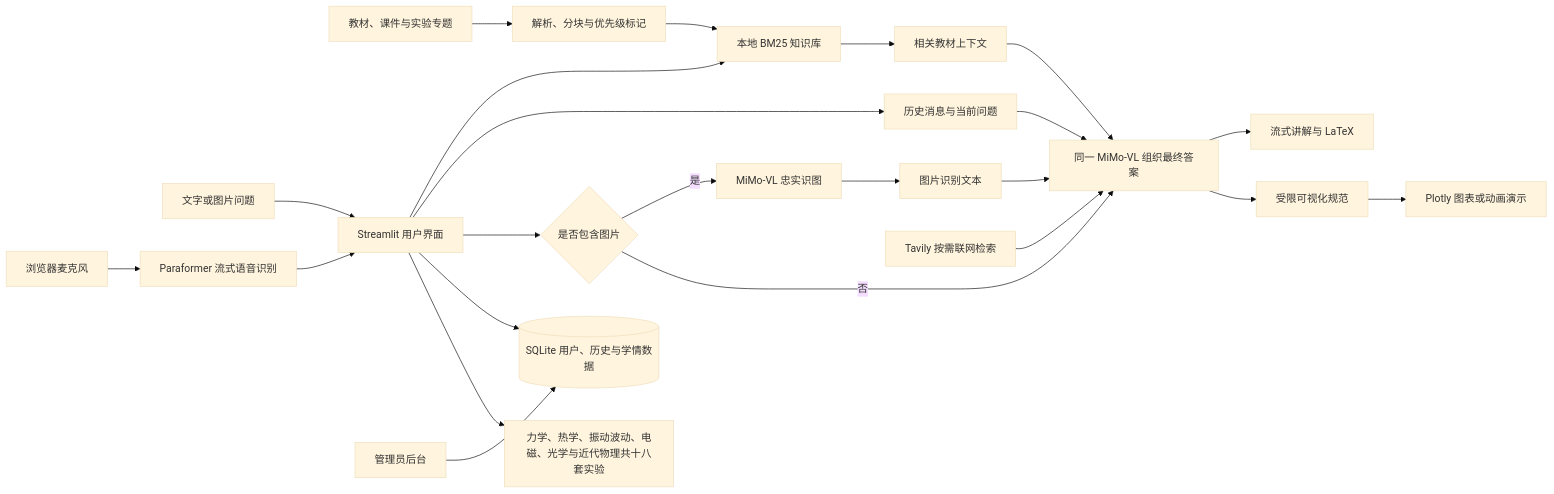
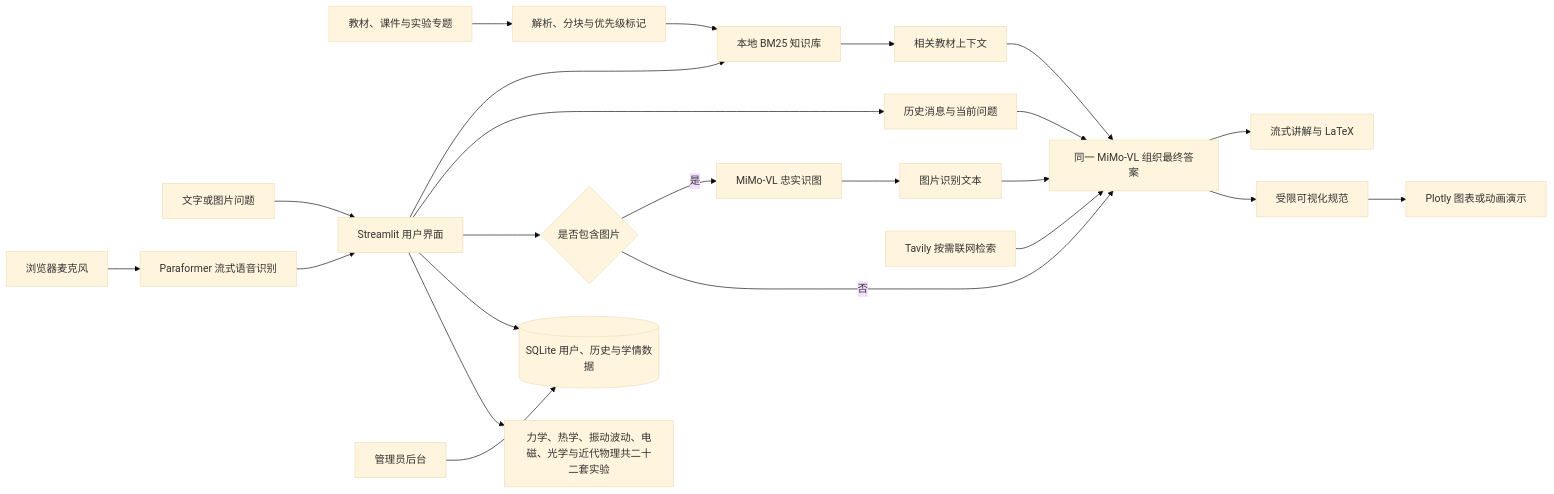
One commit to RENAI-PHYSICS-AI/Ren-ai_Intelligent_Teaching_Assistant_for_College_Physics changed the diagram in README.md. Above: the diagram before and after it, drawn with Mermaid (base theme). The commit also changed other lines of this file and 220 other files, not shown here.

````diff
--- a/README.md
+++ b/README.md
@@ -62,25 +62,25 @@
 ```mermaid
 flowchart LR
     A[教材、课件与实验专题] --> B[解析、分块与优先级标记]
     B --> C[本地 BM25 知识库]
     D[文字或图片问题] --> E[Streamlit 用户界面]
     P[浏览器麦克风] --> Q[Paraformer 流式语音识别]
     Q --> E
     E --> C
     C --> F[相关教材上下文]
     E --> G[历史消息与当前问题]
     E --> R{是否包含图片}
     R -- 是 --> V[MiMo-VL 忠实识图]
     V --> X[图片识别文本]
     F --> H[同一 MiMo-VL 组织最终答案]
     G --> H
     X --> H
     R -- 否 --> H
     O[Tavily 按需联网检索] --> H
     H --> I[流式讲解与 LaTeX]
     H --> J[受限可视化规范]
     J --> K[Plotly 图表或动画演示]
     E --> L[(SQLite 用户、历史与学情数据)]
     M[管理员后台] --> L
-    E --> N[力学、热学、振动波动、电磁、光学与近代物理共十八套实验]
+    E --> N[力学、热学、振动波动、电磁、光学与近代物理共二十二套实验]
 ```
````
